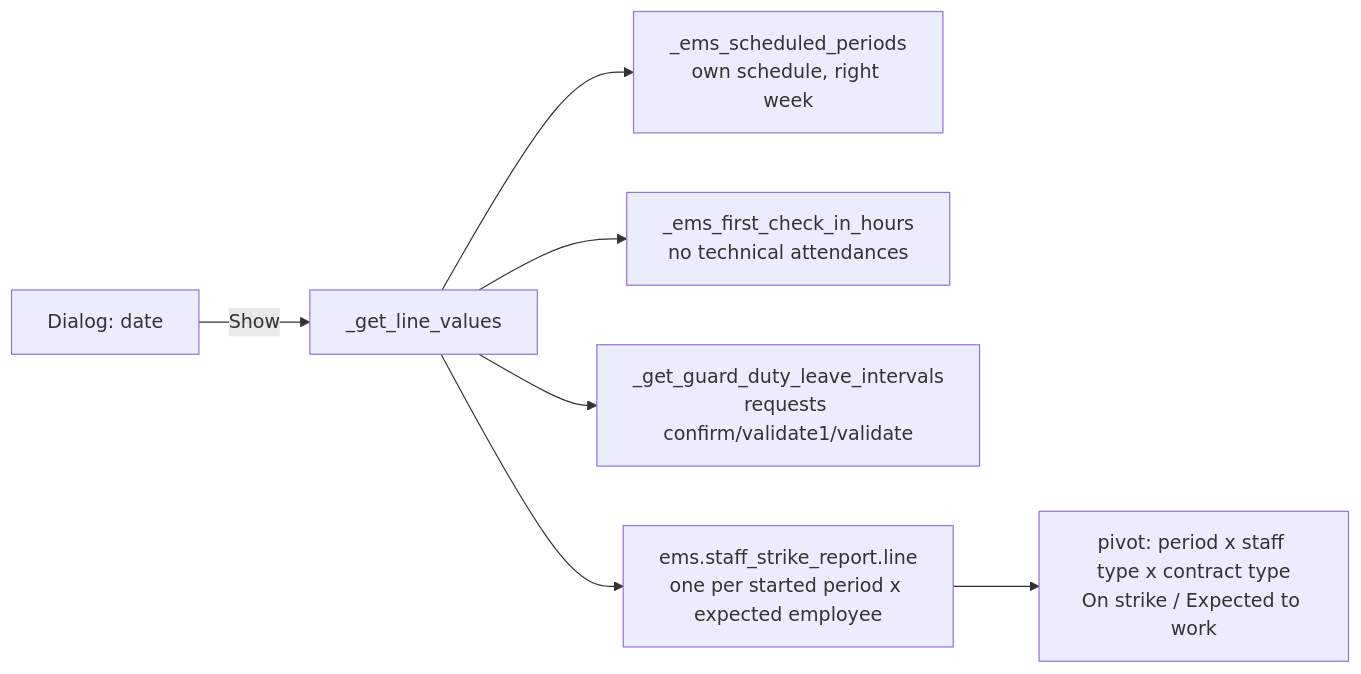
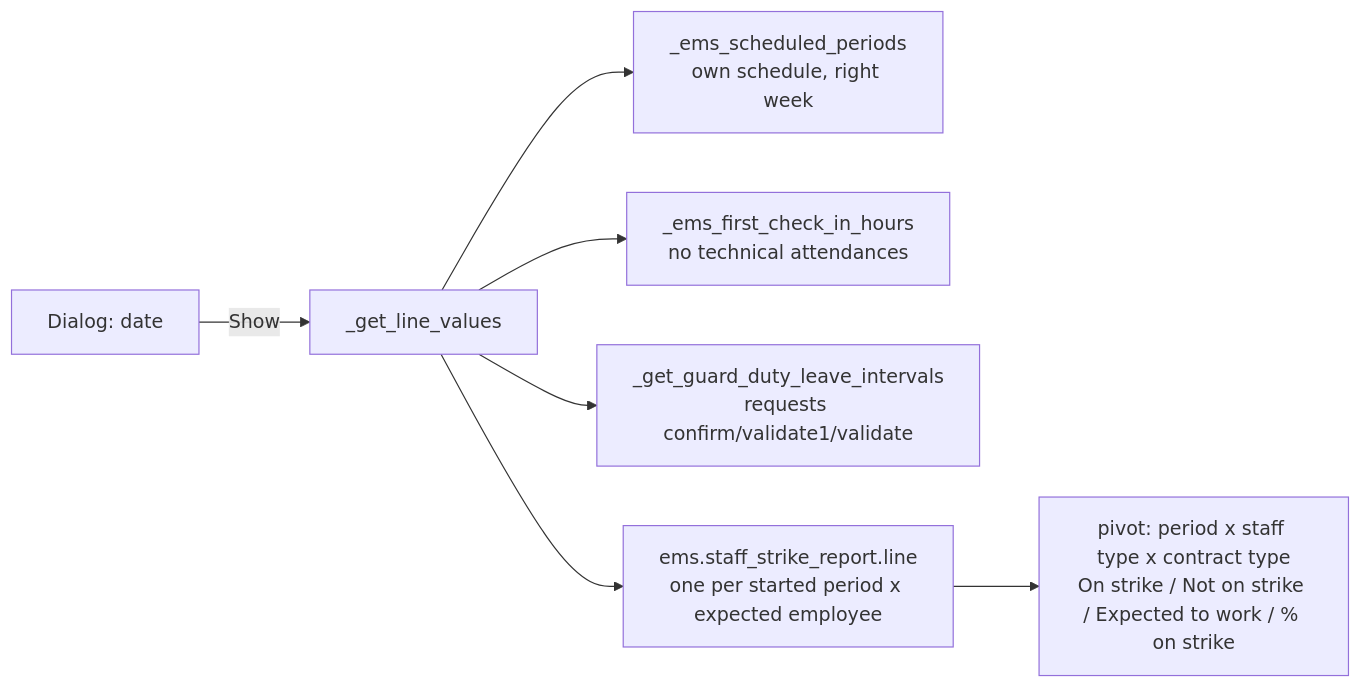
Before and after one commit to ElPuig/EMS: the eighth of 11 diagrams in docs/en/developers/employees/absence.md, drawn with Mermaid. The commit also changed other lines of this file and 9 other files, not shown here.

Commit message:
Staff strike report: Not on strike and % on strike; justified absences count as not on strike (#813)

````diff
--- a/docs/en/developers/employees/absence.md
+++ b/docs/en/developers/employees/absence.md
@@ -1233,9 +1233,9 @@
 ```mermaid
 flowchart LR
     D[Dialog: date] -->|Show| G[_get_line_values]
     G --> P[_ems_scheduled_periods<br/>own schedule, right week]
     G --> A[_ems_first_check_in_hours<br/>no technical attendances]
     G --> L[_get_guard_duty_leave_intervals<br/>requests confirm/validate1/validate]
     G --> X[ems.staff_strike_report.line<br/>one per started period x expected employee]
-    X --> V[pivot: period x staff type x contract type<br/>On strike / Expected to work]
+    X --> V[pivot: period x staff type x contract type<br/>On strike / Not on strike / Expected to work / % on strike]
 ```
````
